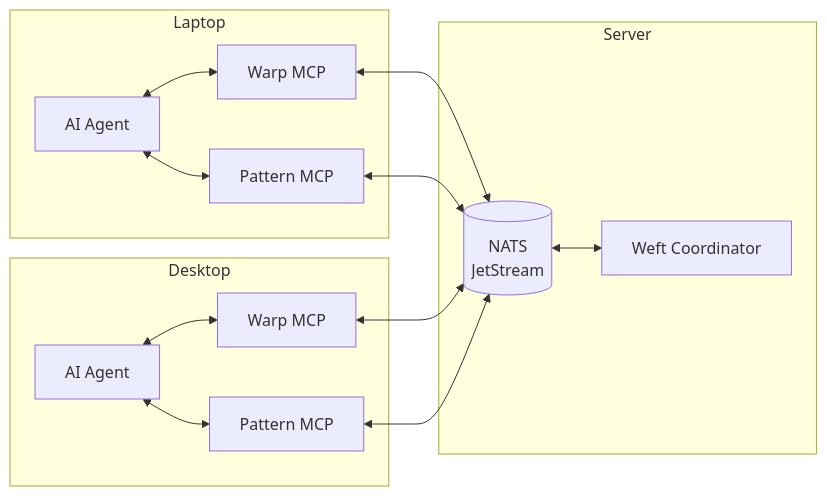
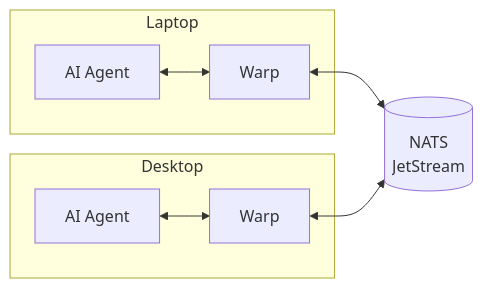
One commit to mdlopresti/loom changed the first of 3 diagrams in README.md. Above: the diagram before and after it, drawn with Mermaid. The commit also changed other lines of this file, not shown here.

````diff
--- a/README.md
+++ b/README.md
@@ -42,29 +31,19 @@
 ```mermaid
 flowchart LR
     subgraph Laptop["Laptop"]
         A1["AI Agent"]
-        W1["Warp MCP"]
-        P1["Pattern MCP"]
-        A1 <--> W1
-        A1 <--> P1
+        W1["Warp"]
     end
 
-    subgraph Server["Server"]
-        NATS[("NATS<br/>JetStream")]
-        Weft["Weft Coordinator"]
-        NATS <--> Weft
-    end
+    NATS[("NATS<br/>JetStream")]
 
     subgraph Desktop["Desktop"]
         A2["AI Agent"]
-        W2["Warp MCP"]
-        P2["Pattern MCP"]
-        A2 <--> W2
-        A2 <--> P2
+        W2["Warp"]
     end
 
+    A1 <--> W1
+    A2 <--> W2
     W1 <--> NATS
     W2 <--> NATS
-    P1 <--> NATS
-    P2 <--> NATS
 ```
````
